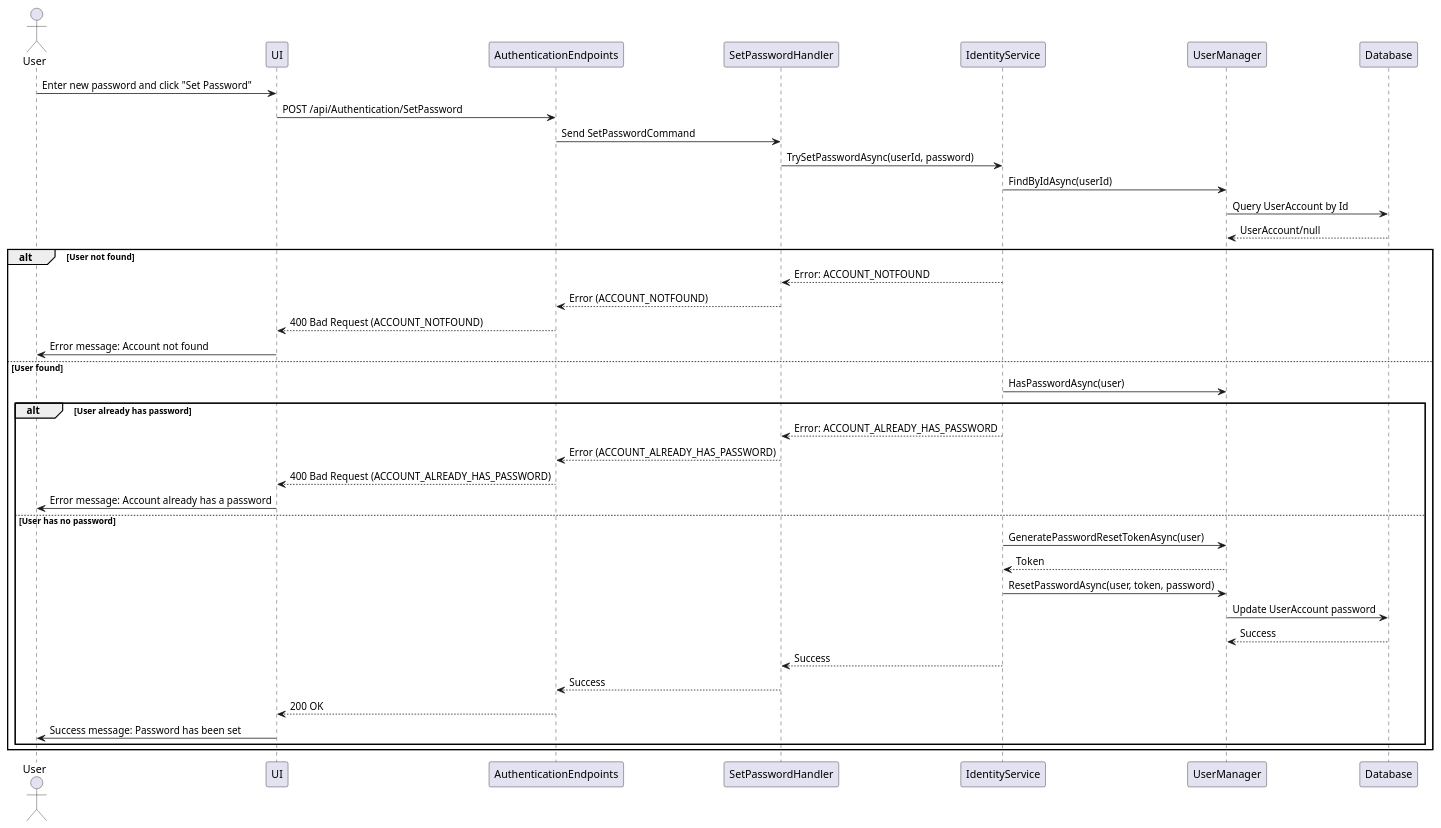
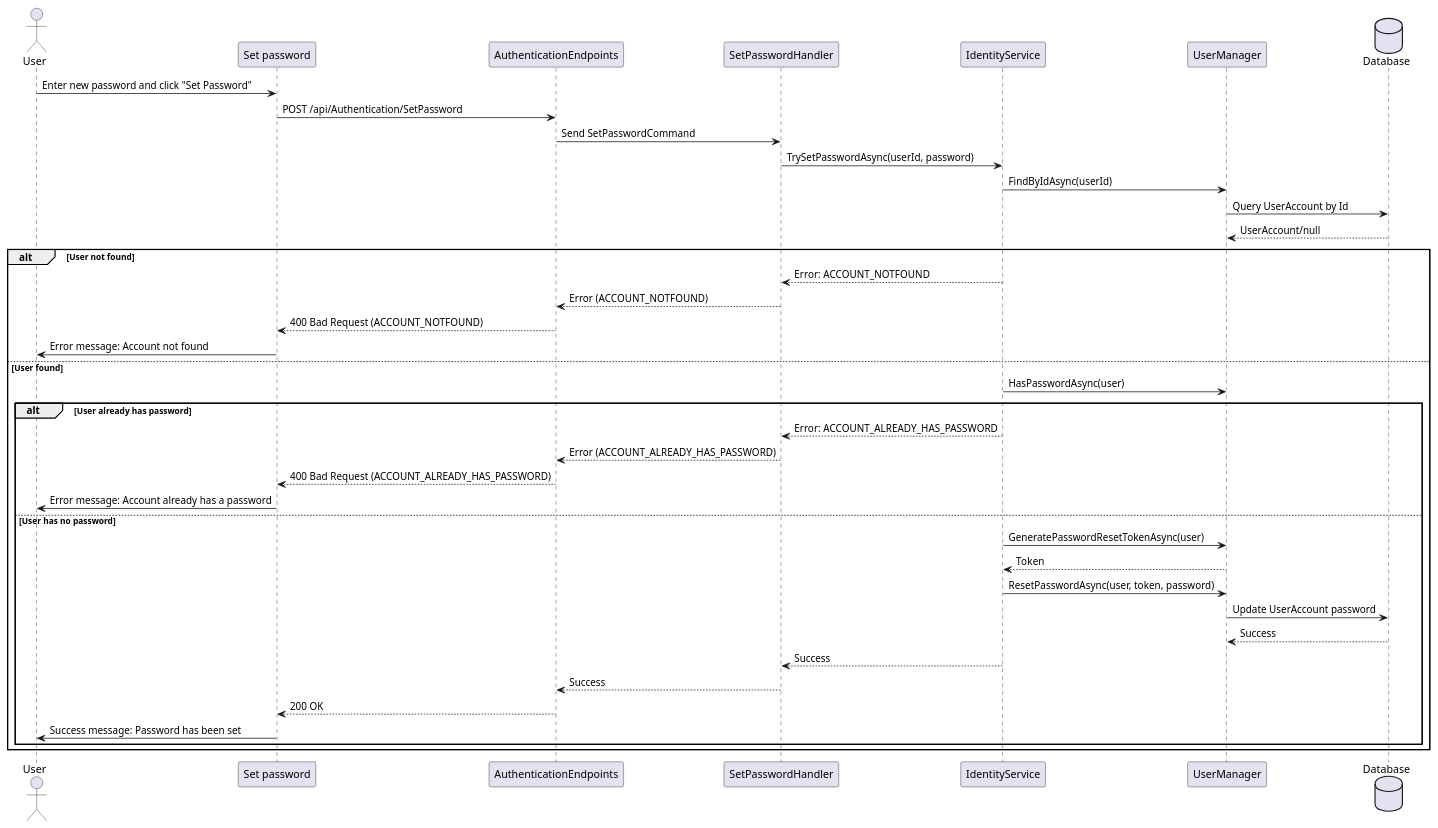
The diagram in authentication/Sequence/11_SetPassword.puml (thanhkhac/SEP_Diagram), drawn with PlantUML before and after one commit. The commit also changed 9 other files, not shown here.

First line of the commit message:
Update authentication sequence diagrams for clarity

```diff
--- a/authentication/Sequence/11_SetPassword.puml
+++ b/authentication/Sequence/11_SetPassword.puml
@@ -1,42 +1,42 @@
 @startuml
 actor User
-participant UI
+participant "Set password" as UI
 participant AuthenticationEndpoints
 participant SetPasswordHandler
 participant IdentityService
 participant UserManager
-participant Database
+Database Database
 
 User -> UI : Enter new password and click "Set Password"
 UI -> AuthenticationEndpoints : POST /api/Authentication/SetPassword
 AuthenticationEndpoints -> SetPasswordHandler : Send SetPasswordCommand
 SetPasswordHandler -> IdentityService : TrySetPasswordAsync(userId, password)
 IdentityService -> UserManager : FindByIdAsync(userId)
 UserManager -> Database : Query UserAccount by Id
 Database --> UserManager : UserAccount/null
 
 alt User not found
     IdentityService --> SetPasswordHandler : Error: ACCOUNT_NOTFOUND
     SetPasswordHandler --> AuthenticationEndpoints : Error (ACCOUNT_NOTFOUND)
     AuthenticationEndpoints --> UI : 400 Bad Request (ACCOUNT_NOTFOUND)
     UI -> User : Error message: Account not found
 else User found
     IdentityService -> UserManager : HasPasswordAsync(user)
     alt User already has password
         IdentityService --> SetPasswordHandler : Error: ACCOUNT_ALREADY_HAS_PASSWORD
         SetPasswordHandler --> AuthenticationEndpoints : Error (ACCOUNT_ALREADY_HAS_PASSWORD)
         AuthenticationEndpoints --> UI : 400 Bad Request (ACCOUNT_ALREADY_HAS_PASSWORD)
         UI -> User : Error message: Account already has a password
     else User has no password
         IdentityService -> UserManager : GeneratePasswordResetTokenAsync(user)
         UserManager --> IdentityService : Token
         IdentityService -> UserManager : ResetPasswordAsync(user, token, password)
         UserManager -> Database : Update UserAccount password
         Database --> UserManager : Success
         IdentityService --> SetPasswordHandler : Success
         SetPasswordHandler --> AuthenticationEndpoints : Success
         AuthenticationEndpoints --> UI : 200 OK
         UI -> User : Success message: Password has been set
     end
 end
 @enduml
```
